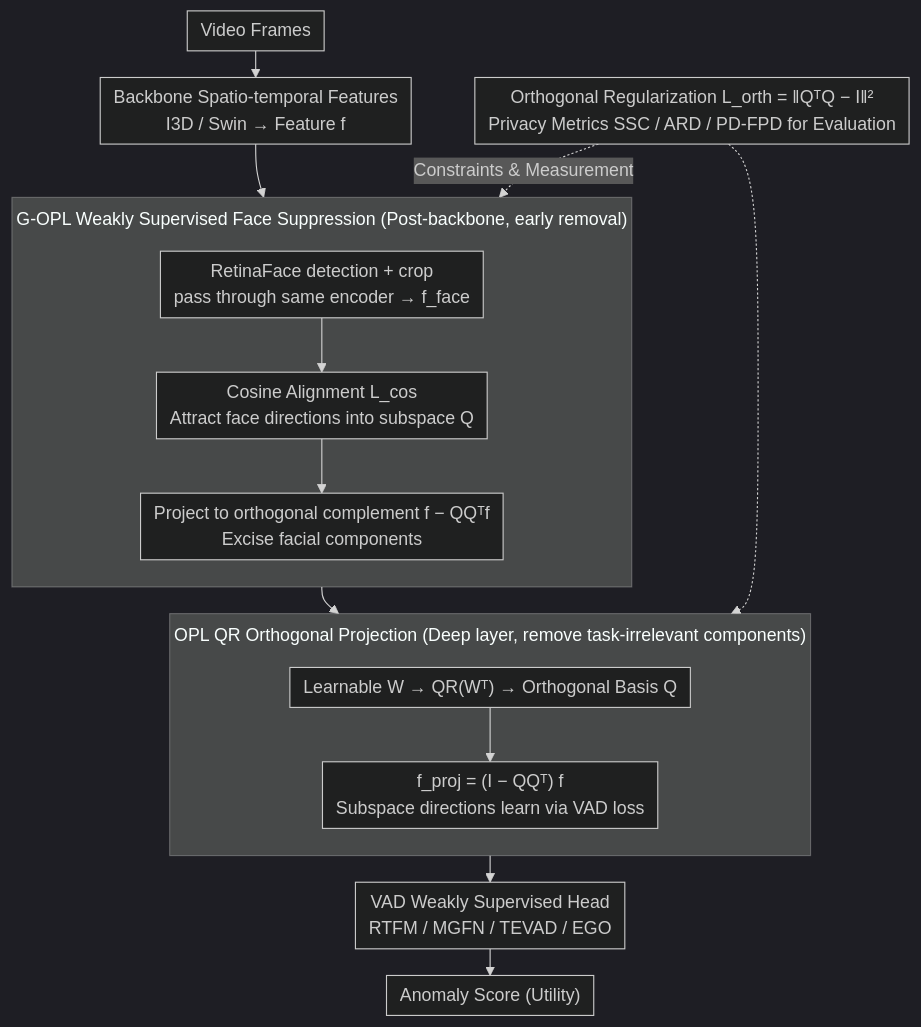
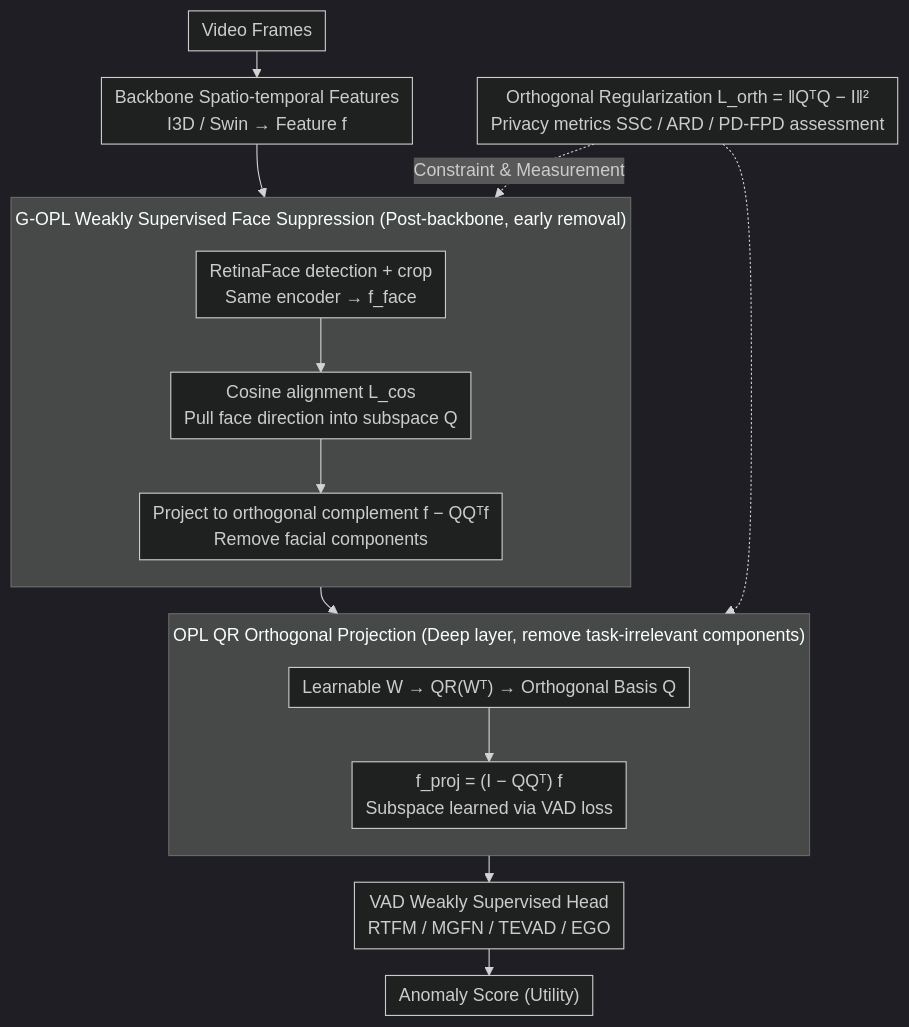
Before and after one commit to zhaoyang97/Paper-Notes-en: the diagram in docs/ICML2026/video_understanding/privacy-aware_video_anomaly_detection_through_orthogonal_subspace_projection.md, drawn with Mermaid (dark theme). The commit also changed other lines of this file and 5084 other files, not shown here.

````diff
--- a/docs/ICML2026/video_understanding/privacy-aware_video_anomaly_detection_through_orthogonal_subspace_projection.md
+++ b/docs/ICML2026/video_understanding/privacy-aware_video_anomaly_detection_through_orthogonal_subspace_projection.md
@@ -42,29 +42,29 @@
 ```mermaid
 %%{init: {'flowchart': {'rankSpacing': 24, 'nodeSpacing': 28, 'padding': 6, 'wrappingWidth': 400, 'subGraphTitleMargin': {'top': 8, 'bottom': 16}}}}%%
 flowchart TD
     A["Video Frames"] --> B["Backbone Spatio-temporal Features<br/>I3D / Swin → Feature f"]
     B --> G
 
     subgraph G["G-OPL Weakly Supervised Face Suppression (Post-backbone, early removal)"]
         direction TB
-        F1["RetinaFace detection + crop<br/>pass through same encoder → f_face"]
-        F2["Cosine Alignment L_cos<br/>Attract face directions into subspace Q"]
+        F1["RetinaFace detection + crop<br/>Same encoder → f_face"]
+        F2["Cosine alignment L_cos<br/>Pull face direction into subspace Q"]
         F1 --> F2
-        F2 --> F3["Project to orthogonal complement f − QQᵀf<br/>Excise facial components"]
+        F2 --> F3["Project to orthogonal complement f − QQᵀf<br/>Remove facial components"]
     end
 
     G --> O
 
     subgraph O["OPL QR Orthogonal Projection (Deep layer, remove task-irrelevant components)"]
         direction TB
         P1["Learnable W → QR(Wᵀ) → Orthogonal Basis Q"]
-        P1 --> P2["f_proj = (I − QQᵀ) f<br/>Subspace directions learn via VAD loss"]
+        P1 --> P2["f_proj = (I − QQᵀ) f<br/>Subspace learned via VAD loss"]
     end
 
     O --> H["VAD Weakly Supervised Head<br/>RTFM / MGFN / TEVAD / EGO"]
     H --> Y["Anomaly Score (Utility)"]
 
-    R["Orthogonal Regularization L_orth = ‖QᵀQ − I‖²<br/>Privacy Metrics SSC / ARD / PD-FPD for Evaluation"]
-    R -.Constraints & Measurement.-> G
+    R["Orthogonal Regularization L_orth = ‖QᵀQ − I‖²<br/>Privacy metrics SSC / ARD / PD-FPD assessment"]
+    R -.Constraint & Measurement.-> G
     R -.-> O
 ```
````
